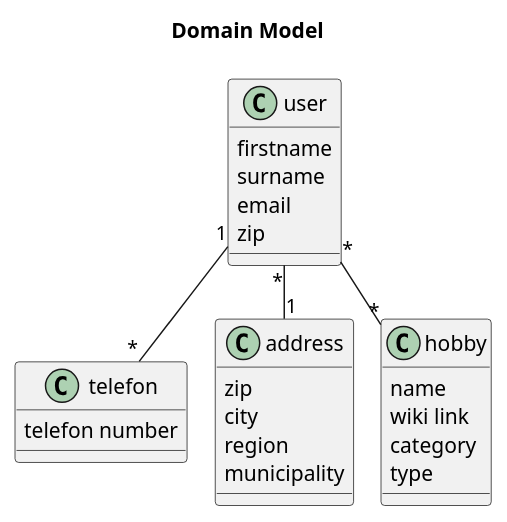
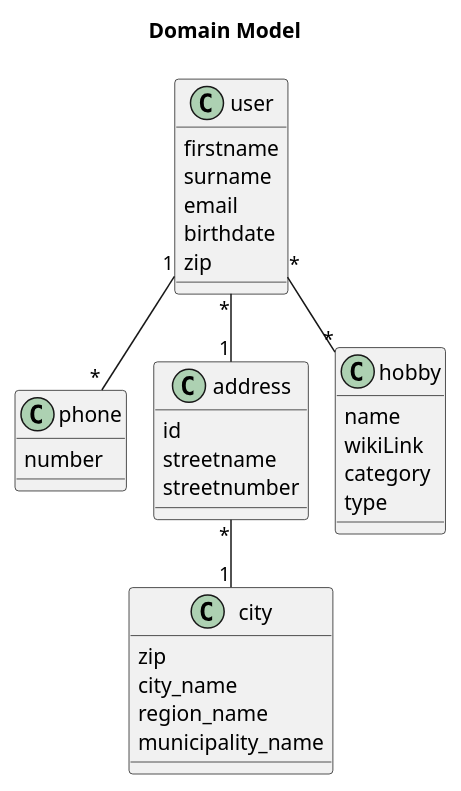
Before and after one commit to TobiasTonndorff/HobbyHub: the diagram in documentation/DomainModel1.puml, drawn with PlantUML.

Commit message:
Update DomainModel1.puml
update på attributterne

```diff
--- a/documentation/DomainModel1.puml
+++ b/documentation/DomainModel1.puml
@@ -1,35 +1,45 @@
 @startuml
 !pragma layout smetana
 Title Domain Model
 
 class user{
 firstname
 surname
 email
+birthdate
 zip
 }
 
-class telefon{
-telefon number
+class phone{
+number
 }
 
 class address{
+id
+streetname
+streetnumber
+}
+
+class city{
 zip
-city
-region
-municipality
+city_name
+region_name
+municipality_name
 }
+
 
 class hobby{
 name
-wiki link
+wikiLink
 category
 type
 }
 
+
 user "*" -- "*" hobby
 user "*" -- "1" address
-user "1" -- "*" telefon
+user "1" -- "*" phone
+address "*" -- "1" city
 
 
 @enduml
```
